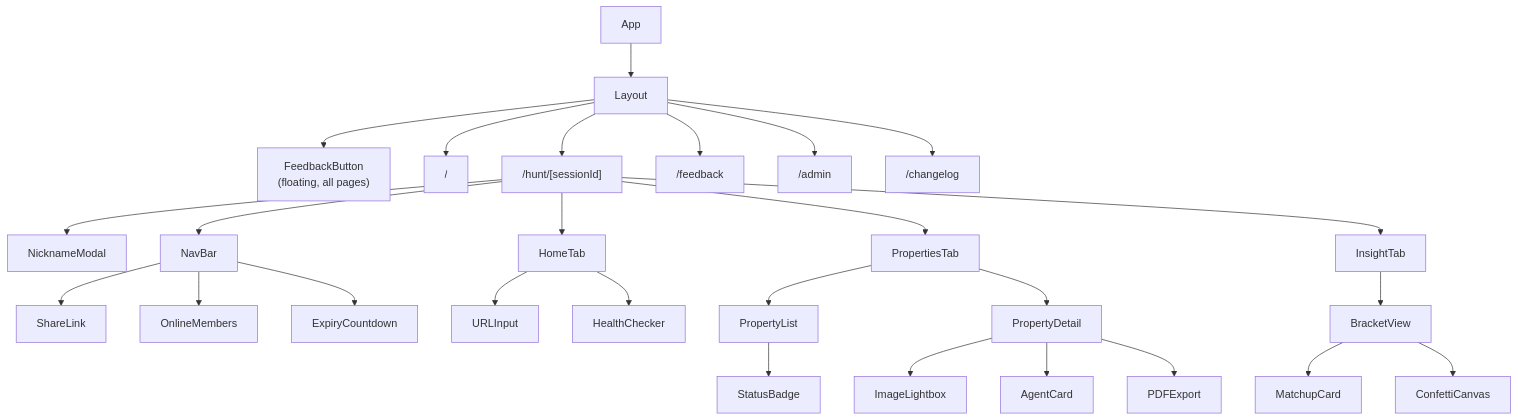
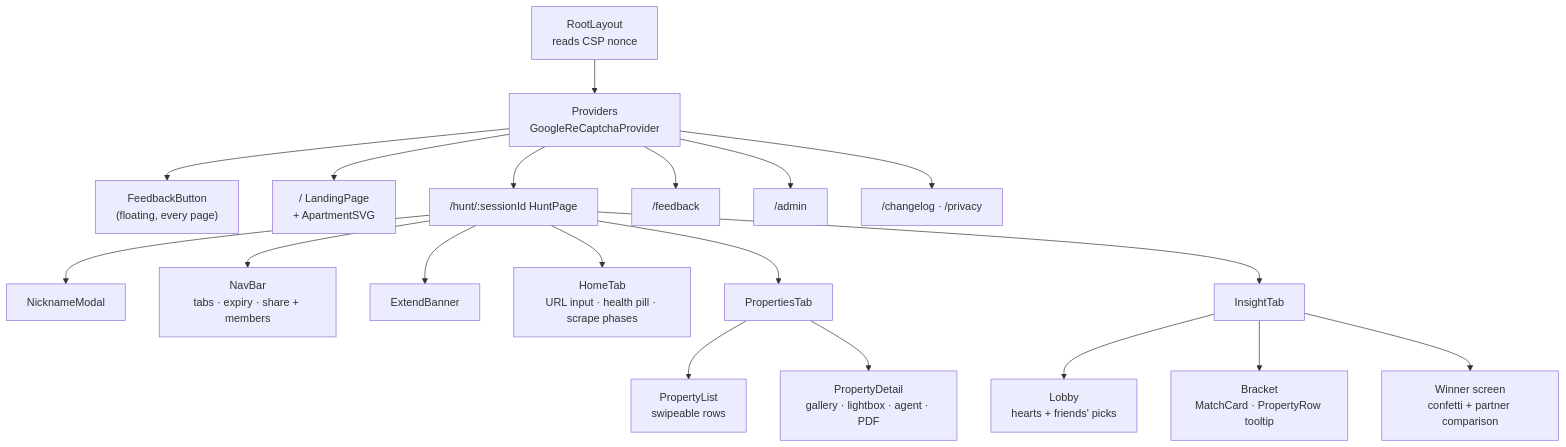
Diagram 12 of 16 in portfolio-react/public/docs/surveyluhh.md (snsyaqirah/snsyaqirah.github.io), drawn with Mermaid before and after one commit. The commit also changed other lines of this file and 101 other files, not shown here.

First line of the commit message:
feat: add ScreenshotGallery component with lightbox functionality and styling

````diff
--- a/portfolio-react/public/docs/surveyluhh.md
+++ b/portfolio-react/public/docs/surveyluhh.md
@@ -381,33 +450,23 @@
 ```mermaid
 graph TD
-    App --> Layout
-    Layout --> FeedbackButton["FeedbackButton\n(floating, all pages)"]
-    Layout --> LandingPage["/"]
-    Layout --> HuntPage["/hunt/[sessionId]"]
-    Layout --> FeedbackPageComp["/feedback"]
-    Layout --> AdminPage["/admin"]
-    Layout --> ChangelogPage["/changelog"]
+    L["RootLayout<br/>reads CSP nonce"] --> PRV["Providers<br/>GoogleReCaptchaProvider"]
+    PRV --> FBB["FeedbackButton<br/>(floating, every page)"]
+    PRV --> LAND["/ LandingPage<br/>+ ApartmentSVG"]
+    PRV --> HUNT["/hunt/:sessionId HuntPage"]
+    PRV --> FBP["/feedback"]
+    PRV --> ADM["/admin"]
+    PRV --> CHG["/changelog · /privacy"]
 
-    HuntPage --> NicknameModal
-    HuntPage --> NavBar
-    NavBar --> ShareLink
-    NavBar --> OnlineMembers
-    NavBar --> ExpiryCountdown
+    HUNT --> NM["NicknameModal"]
+    HUNT --> NAV["NavBar<br/>tabs · expiry · share + members"]
+    HUNT --> EXT["ExtendBanner"]
+    HUNT --> HOME["HomeTab<br/>URL input · health pill · scrape phases"]
+    HUNT --> PROPS["PropertiesTab"]
+    HUNT --> INS["InsightTab"]
 
-    HuntPage --> HomeTab
-    HomeTab --> URLInput
-    HomeTab --> HealthChecker
-
-    HuntPage --> PropertiesTab
-    PropertiesTab --> PropertyList
-    PropertyList --> StatusBadge
-    PropertiesTab --> PropertyDetail
-    PropertyDetail --> ImageLightbox
-    PropertyDetail --> AgentCard
-    PropertyDetail --> PDFExport
-
-    HuntPage --> InsightTab
-    InsightTab --> BracketView
-    BracketView --> MatchupCard
-    BracketView --> ConfettiCanvas
+    PROPS --> PL["PropertyList<br/>swipeable rows"]
+    PROPS --> PD["PropertyDetail<br/>gallery · lightbox · agent · PDF"]
+    INS --> LOBBY["Lobby<br/>hearts + friends' picks"]
+    INS --> BR["Bracket<br/>MatchCard · PropertyRow tooltip"]
+    INS --> WIN["Winner screen<br/>confetti + partner comparison"]
 ```
````
